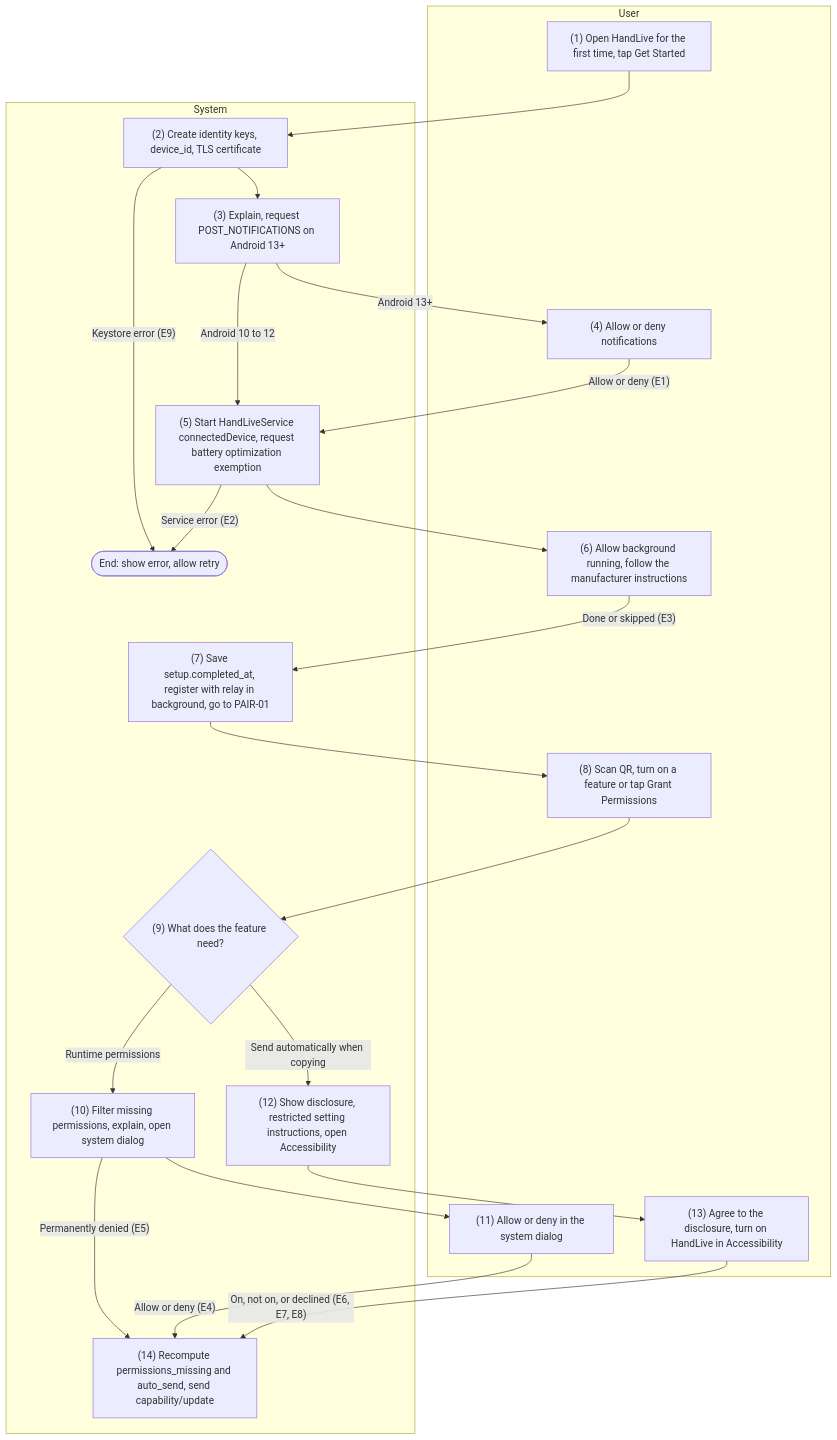
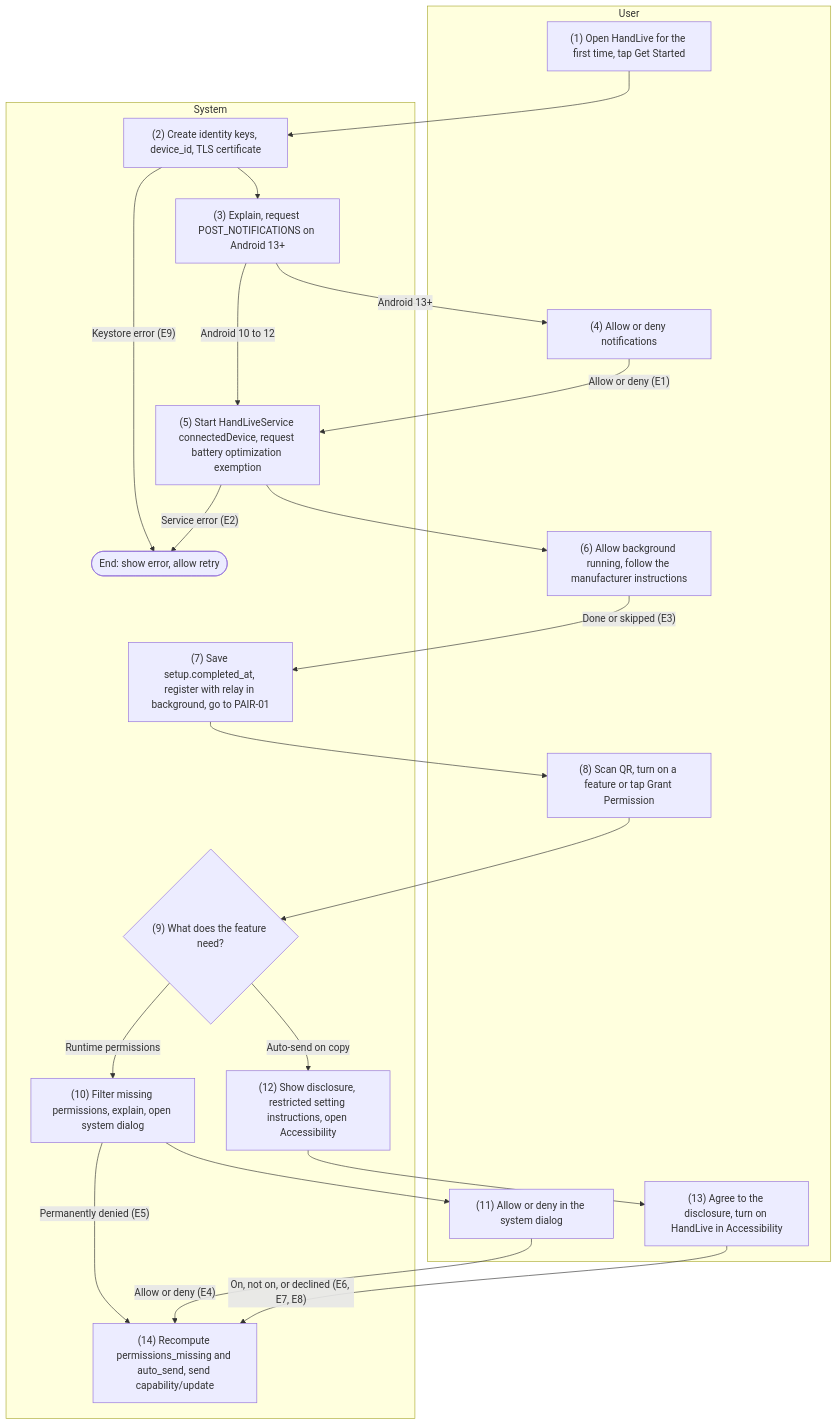
One commit to HandLive/handlive changed the first of 3 diagrams in docs/detailed-design/01-setup-settings.md. Above: the diagram before and after it, drawn with Mermaid. The commit also changed other lines of this file, not shown here.

````diff
--- a/docs/detailed-design/01-setup-settings.md
+++ b/docs/detailed-design/01-setup-settings.md
@@ -56,37 +56,37 @@
 ```mermaid
 flowchart TB
   subgraph ND["User"]
     U1["(1) Open HandLive for the first time, tap Get Started"]
     U4["(4) Allow or deny notifications"]
     U6["(6) Allow background running, follow the manufacturer instructions"]
-    U8["(8) Scan QR, turn on a feature or tap Grant Permissions"]
+    U8["(8) Scan QR, turn on a feature or tap Grant Permission"]
     U11["(11) Allow or deny in the system dialog"]
     U13["(13) Agree to the disclosure, turn on HandLive in Accessibility"]
   end
   subgraph HT["System"]
     S2["(2) Create identity keys, device_id, TLS certificate"]
     S3["(3) Explain, request POST_NOTIFICATIONS on Android 13+"]
     S5["(5) Start HandLiveService connectedDevice, request battery optimization exemption"]
     S7["(7) Save setup.completed_at, register with relay in background, go to PAIR-01"]
     D9{"(9) What does the feature need?"}
     S10["(10) Filter missing permissions, explain, open system dialog"]
     S12["(12) Show disclosure, restricted setting instructions, open Accessibility"]
     S14["(14) Recompute permissions_missing and auto_send, send capability/update"]
     X1(["End: show error, allow retry"])
   end
   U1 --> S2
   S2 -- "Keystore error (E9)" --> X1
   S2 --> S3
   S3 -- "Android 13+" --> U4
   S3 -- "Android 10 to 12" --> S5
   U4 -- "Allow or deny (E1)" --> S5
   S5 -- "Service error (E2)" --> X1
   S5 --> U6
   U6 -- "Done or skipped (E3)" --> S7
   S7 --> U8 --> D9
   D9 -- "Runtime permissions" --> S10 --> U11
   S10 -- "Permanently denied (E5)" --> S14
   U11 -- "Allow or deny (E4)" --> S14
-  D9 -- "Send automatically when copying" --> S12 --> U13
+  D9 -- "Auto-send on copy" --> S12 --> U13
   U13 -- "On, not on, or declined (E6, E7, E8)" --> S14
 ```
````
